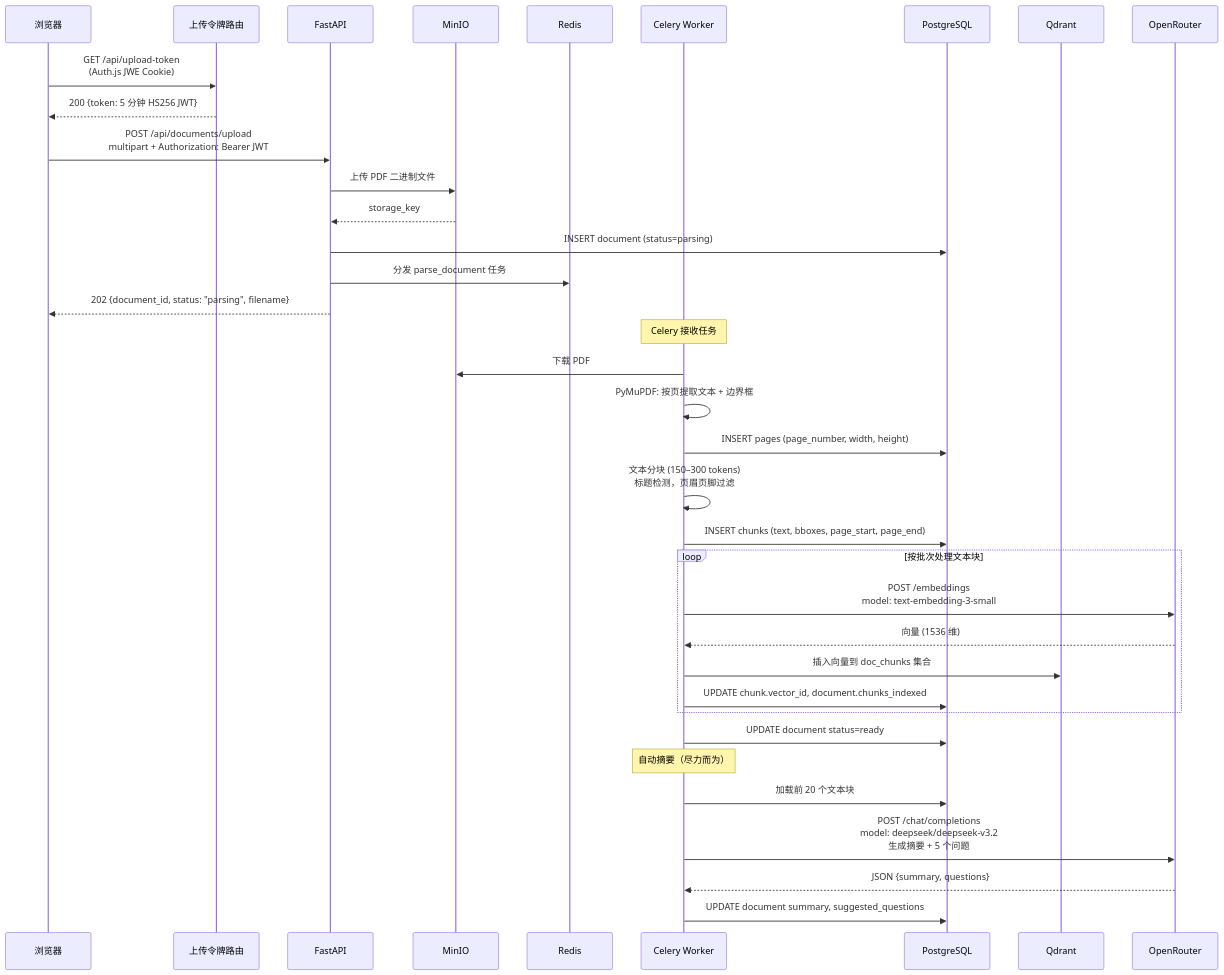
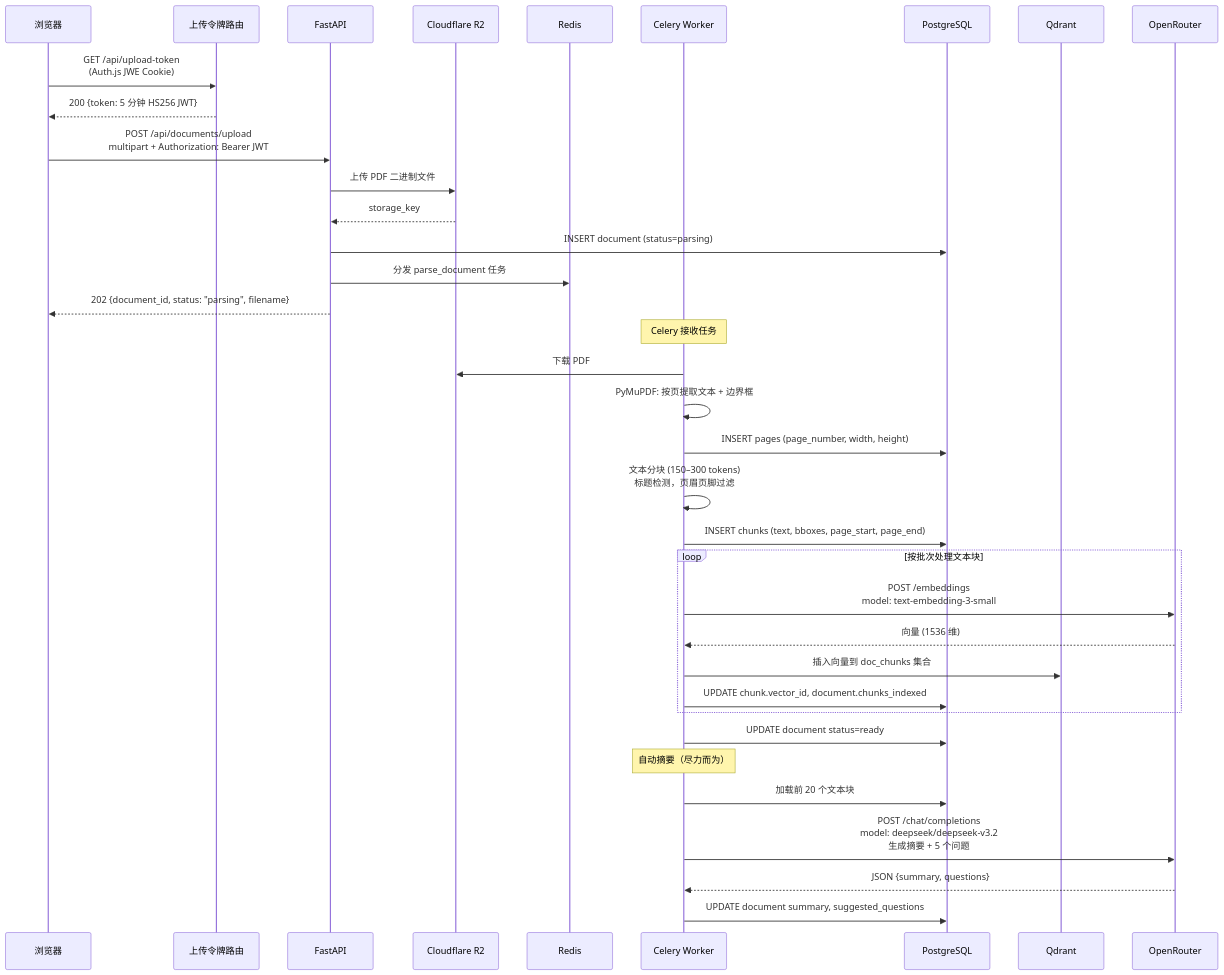
One commit to Rswcf/DocTalk changed the second of 10 diagrams in docs/ARCHITECTURE.zh.md. Above: the diagram before and after it, drawn with Mermaid. The commit also changed other lines of this file and 14 other files, not shown here.

````diff
--- a/docs/ARCHITECTURE.zh.md
+++ b/docs/ARCHITECTURE.zh.md
@@ -98,43 +101,43 @@
 ```mermaid
 sequenceDiagram
     participant B as 浏览器
     participant T as 上传令牌路由
     participant API as FastAPI
-    participant S3 as MinIO
+    participant S3 as Cloudflare R2
     participant R as Redis
     participant W as Celery Worker
     participant DB as PostgreSQL
     participant Q as Qdrant
     participant OR as OpenRouter
 
     B->>T: GET /api/upload-token<br/>(Auth.js JWE Cookie)
     T-->>B: 200 {token: 5 分钟 HS256 JWT}
     B->>API: POST /api/documents/upload<br/>multipart + Authorization: Bearer JWT
     API->>S3: 上传 PDF 二进制文件
     S3-->>API: storage_key
     API->>DB: INSERT document (status=parsing)
     API->>R: 分发 parse_document 任务
     API-->>B: 202 {document_id, status: "parsing", filename}
 
     Note over W: Celery 接收任务
     W->>S3: 下载 PDF
     W->>W: PyMuPDF: 按页提取文本 + 边界框
     W->>DB: INSERT pages (page_number, width, height)
     W->>W: 文本分块 (150–300 tokens)<br/>标题检测，页眉页脚过滤
     W->>DB: INSERT chunks (text, bboxes, page_start, page_end)
 
     loop 按批次处理文本块
         W->>OR: POST /embeddings<br/>model: text-embedding-3-small
         OR-->>W: 向量 (1536 维)
         W->>Q: 插入向量到 doc_chunks 集合
         W->>DB: UPDATE chunk.vector_id, document.chunks_indexed
     end
 
     W->>DB: UPDATE document status=ready
 
     Note over W: 自动摘要（尽力而为）
     W->>DB: 加载前 20 个文本块
     W->>OR: POST /chat/completions<br/>model: deepseek/deepseek-v3.2<br/>生成摘要 + 5 个问题
     OR-->>W: JSON {summary, questions}
     W->>DB: UPDATE document summary, suggested_questions
 ```
````
